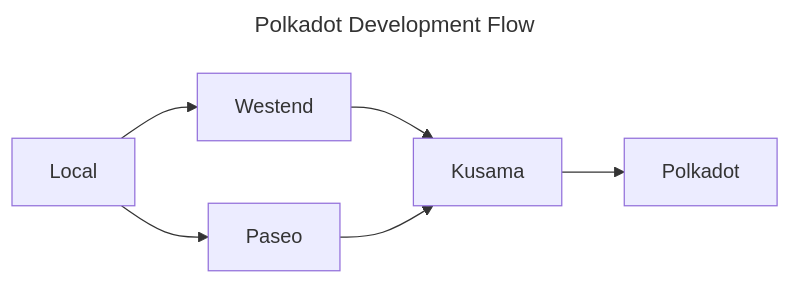
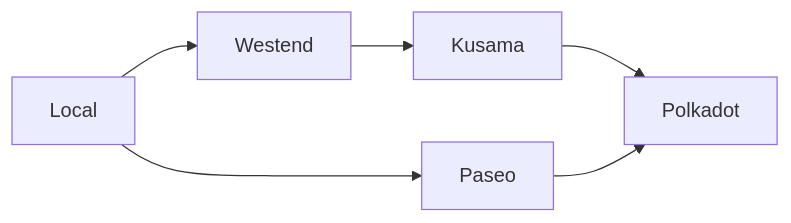
Before and after one commit to polkadot-developers/polkadot-docs: the diagram in polkadot-protocol/introduction/polkadot-networks.md, drawn with Mermaid. The commit also changed other lines of this file, not shown here.

Commit message:
changes per review

````diff
--- a/polkadot-protocol/introduction/polkadot-networks.md
+++ b/polkadot-protocol/introduction/polkadot-networks.md
@@ -20,8 +22,6 @@
 ``` mermaid
----
-title: Polkadot Development Flow
----
+
 flowchart LR
     id1[Local] --> id2[Westend] --> id4[Kusama] --> id5[Polkadot]  
-    id1[Local] --> id3[Paseo] --> id4[Kusama] 
+    id1[Local] --> id3[Paseo] --> id5[Polkadot] 
 ```
````
